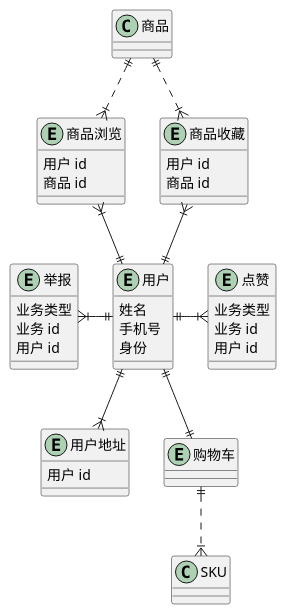
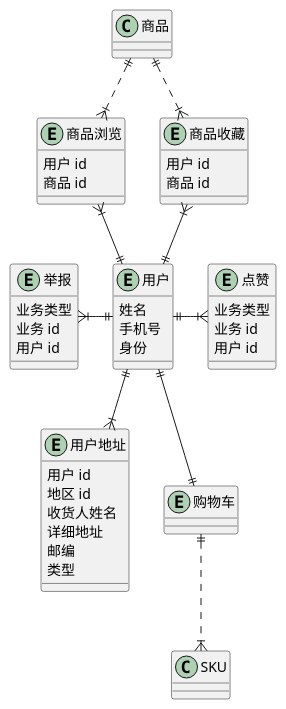
One commit to awesomecat2020/mock-mall changed the diagram in 会员.wsd. Above: the diagram before and after it, drawn with PlantUML. The commit also changed 2 other files, not shown here.

```diff
--- a/会员.wsd
+++ b/会员.wsd
@@ -1,51 +1,57 @@
 @startuml 会员UML
 
 entity 用户 {
     姓名
     手机号
     ' 买家/卖家
     身份
 }
 entity 商品浏览 {
     ' 保存一个月（另定）
     用户 id
     商品 id
 }
 entity 商品收藏 {
     用户 id
     商品 id
 }
 entity 点赞 {
     ' biz_type 评价/回复
     业务类型
     ' biz_id
     业务 id
     用户 id
 }
 entity 举报 {
     ' biz_type
     业务类型
     ' biz_id
     业务 id
     用户 id
 }
 entity 用户地址 {
     用户 id
+    地区 id
+    收货人姓名
+    详细地址
+    邮编
+    ' 买家地址/卖家地址
+    类型
 }
 entity 购物车 {
 
 }
 
 商品 ||..|{ 商品浏览
 商品浏览 }|--|| 用户
 商品 ||..|{ 商品收藏
 商品收藏 }|--|| 用户
 
 点赞 }|-l-|| 用户
 举报 }|-|| 用户
 
 用户 ||--|{ 用户地址
 用户 ||--|| 购物车
 购物车 ||..|{ SKU
 
 @enduml
```
